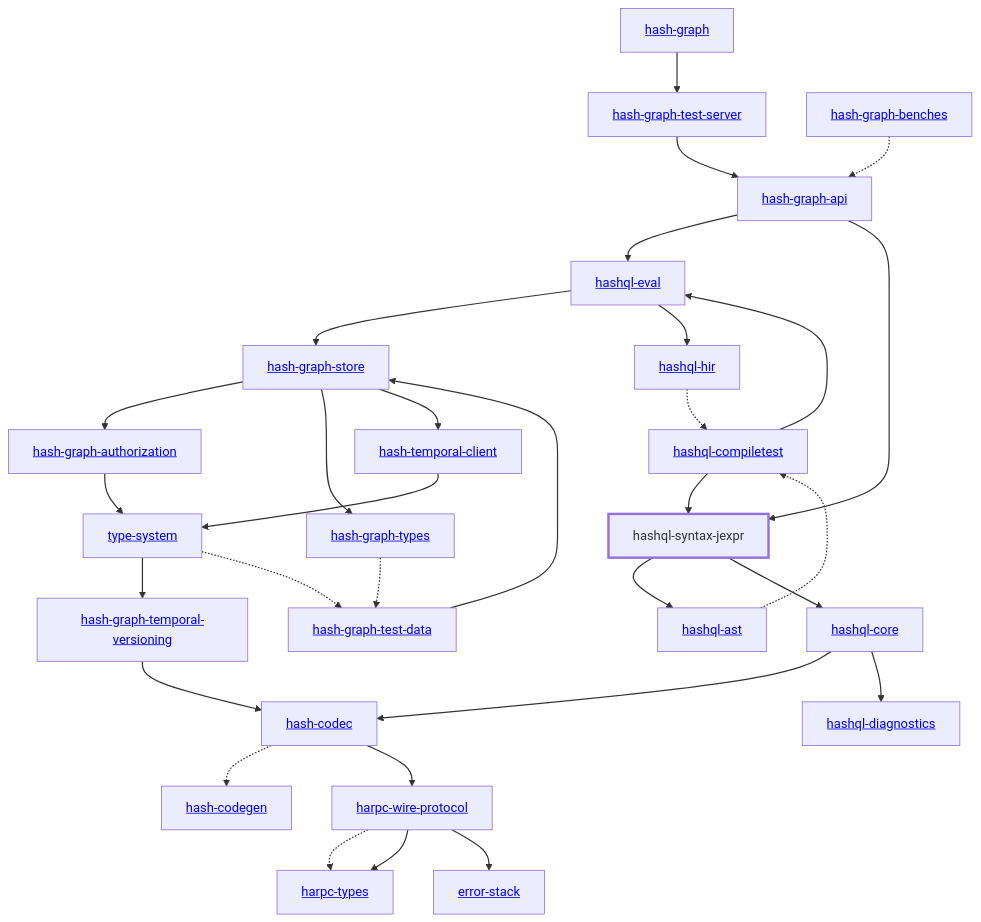
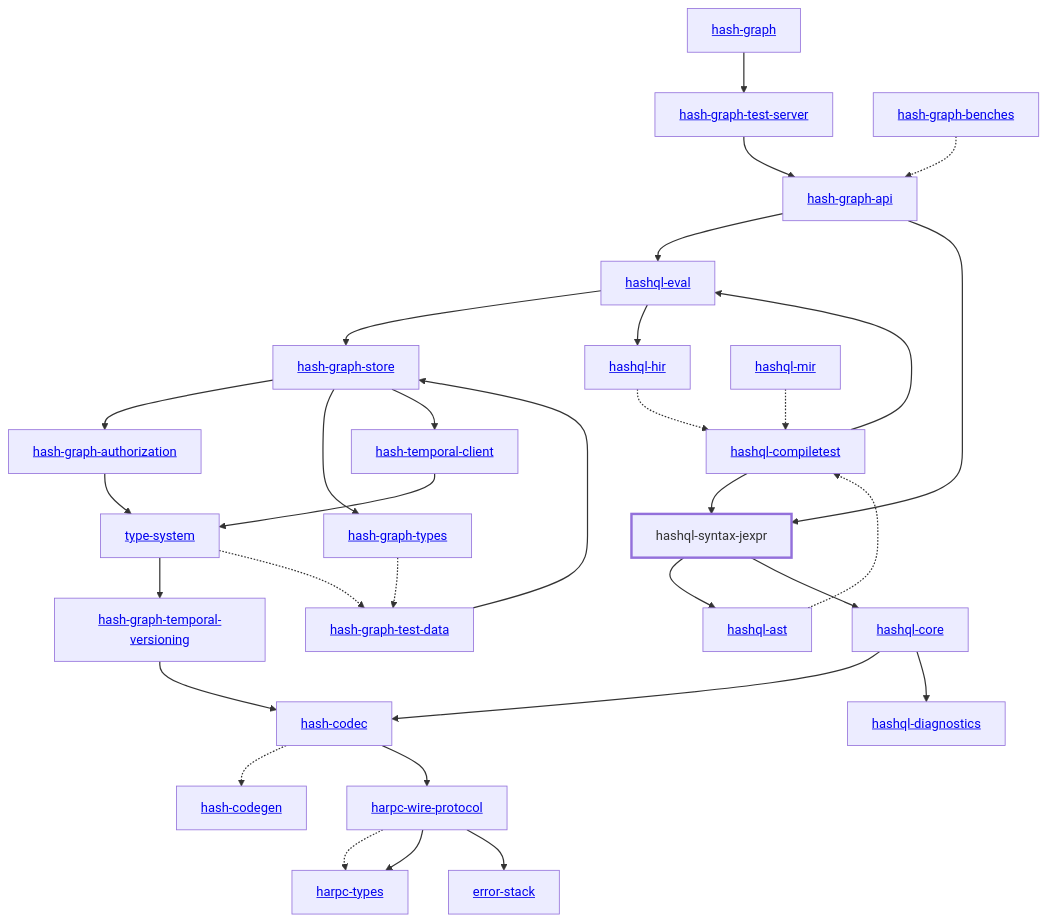
Before and after one commit to hashintel/hash: the diagram in libs/@local/hashql/syntax-jexpr/docs/dependency-diagram.mmd, drawn with Mermaid. The commit also changed 6 other files, not shown here.

Commit message:
chore: generate dependency diagrams

```diff
--- a/libs/@local/hashql/syntax-jexpr/docs/dependency-diagram.mmd
+++ b/libs/@local/hashql/syntax-jexpr/docs/dependency-diagram.mmd
@@ -1,64 +1,66 @@
 graph TD
     linkStyle default stroke-width:1.5px
     classDef default stroke-width:1px
     classDef root stroke-width:3px
     classDef dev stroke-width:1px
     classDef build stroke-width:1px
     %% Legend
     %% --> : Normal dependency
     %% -.-> : Dev dependency
     %% ---> : Build dependency
     0[<a href="../hash_graph/index.html">hash-graph</a>]
     1[<a href="../type_system/index.html">type-system</a>]
     2[<a href="../hash_codec/index.html">hash-codec</a>]
     3[<a href="../hash_codegen/index.html">hash-codegen</a>]
     4[<a href="../hash_graph_api/index.html">hash-graph-api</a>]
     5[<a href="../hash_graph_authorization/index.html">hash-graph-authorization</a>]
     6[<a href="../hash_graph_store/index.html">hash-graph-store</a>]
     7[<a href="../hash_graph_temporal_versioning/index.html">hash-graph-temporal-versioning</a>]
     8[<a href="../hash_graph_test_server/index.html">hash-graph-test-server</a>]
     9[<a href="../hash_graph_types/index.html">hash-graph-types</a>]
     10[<a href="../harpc_types/index.html">harpc-types</a>]
     11[<a href="../harpc_wire_protocol/index.html">harpc-wire-protocol</a>]
     12[<a href="../hashql_ast/index.html">hashql-ast</a>]
     13[<a href="../hashql_compiletest/index.html">hashql-compiletest</a>]
     14[<a href="../hashql_core/index.html">hashql-core</a>]
     15[<a href="../hashql_diagnostics/index.html">hashql-diagnostics</a>]
     16[<a href="../hashql_eval/index.html">hashql-eval</a>]
     17[<a href="../hashql_hir/index.html">hashql-hir</a>]
-    18[hashql-syntax-jexpr]
-    class 18 root
-    19[<a href="../hash_temporal_client/index.html">hash-temporal-client</a>]
-    20[<a href="../error_stack/index.html">error-stack</a>]
-    21[<a href="../hash_graph_benches/index.html">hash-graph-benches</a>]
-    22[<a href="../hash_graph_test_data/index.html">hash-graph-test-data</a>]
+    18[<a href="../hashql_mir/index.html">hashql-mir</a>]
+    19[hashql-syntax-jexpr]
+    class 19 root
+    20[<a href="../hash_temporal_client/index.html">hash-temporal-client</a>]
+    21[<a href="../error_stack/index.html">error-stack</a>]
+    22[<a href="../hash_graph_benches/index.html">hash-graph-benches</a>]
+    23[<a href="../hash_graph_test_data/index.html">hash-graph-test-data</a>]
     0 --> 8
     1 --> 7
-    1 -.-> 22
+    1 -.-> 23
     2 -.-> 3
     2 --> 11
     4 --> 16
-    4 --> 18
+    4 --> 19
     5 --> 1
     6 --> 5
     6 --> 9
-    6 --> 19
+    6 --> 20
     7 --> 2
     8 --> 4
-    9 -.-> 22
+    9 -.-> 23
     11 -.-> 10
     11 --> 10
-    11 --> 20
+    11 --> 21
     12 -.-> 13
     13 --> 16
-    13 --> 18
+    13 --> 19
     14 --> 2
     14 --> 15
     16 --> 6
     16 --> 17
     17 -.-> 13
-    18 --> 12
-    18 --> 14
-    19 --> 1
-    21 -.-> 4
-    22 --> 6
+    18 -.-> 13
+    19 --> 12
+    19 --> 14
+    20 --> 1
+    22 -.-> 4
+    23 --> 6
```
